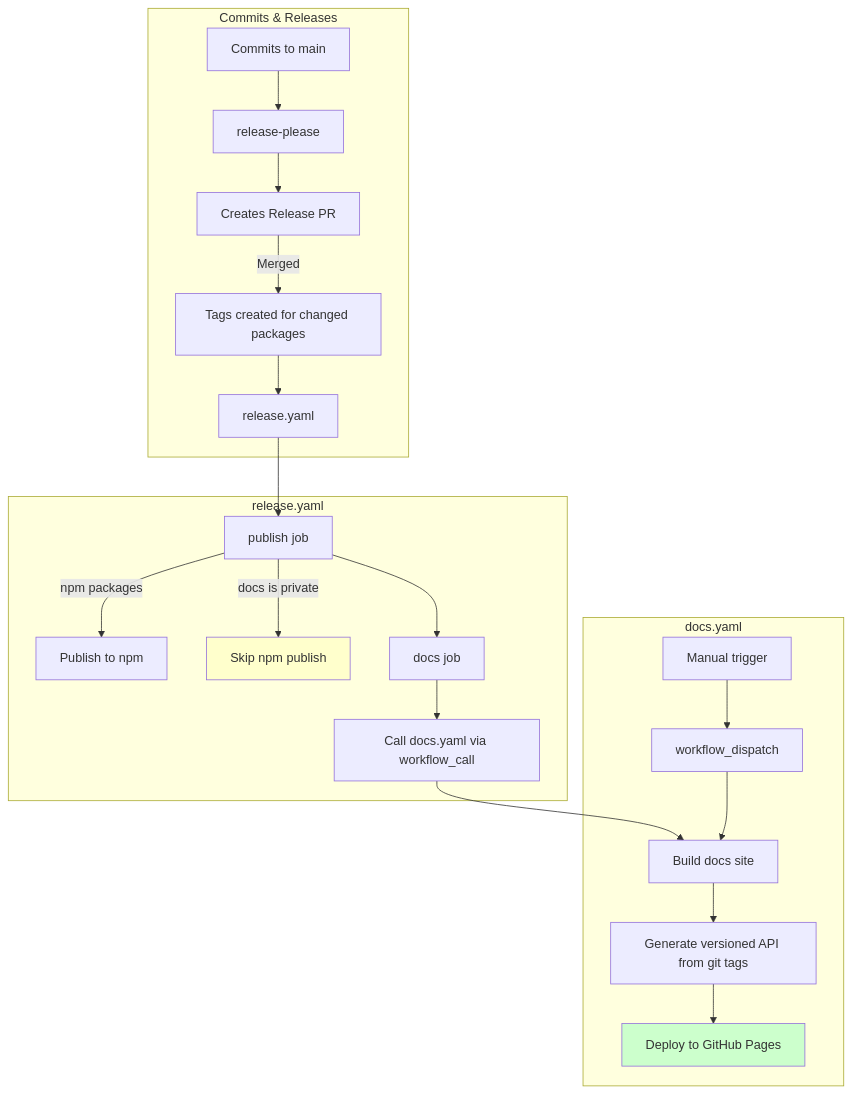
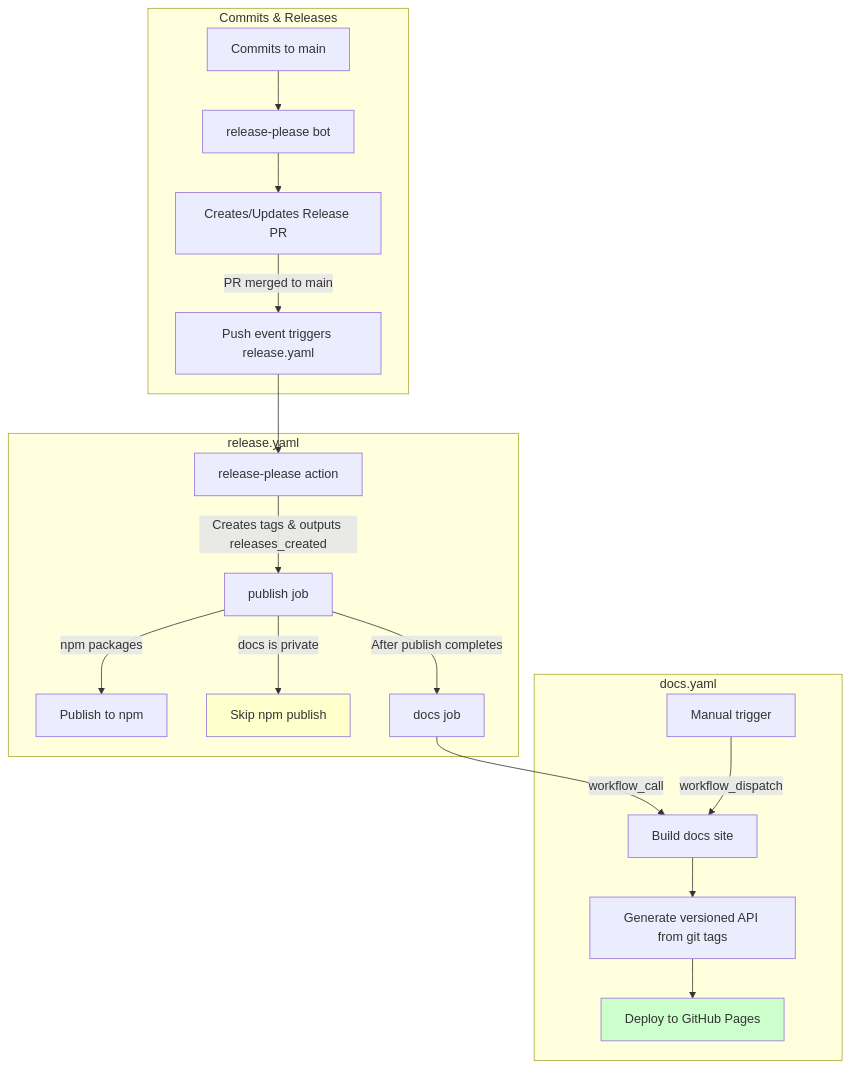
Before and after one commit to Texarkanine/a16n: the diagram in packages/docs/README.md, drawn with Mermaid.

Commit message:
docs: fix mermaid diagram - release.yaml triggers on push, not tags

````diff
--- a/packages/docs/README.md
+++ b/packages/docs/README.md
@@ -169,29 +169,27 @@
 ```mermaid
 flowchart TD
     subgraph "Commits & Releases"
-        A[Commits to main] --> B[release-please]
-        B --> C[Creates Release PR]
-        C -->|Merged| D[Tags created for changed packages]
-        D --> E[release.yaml]
+        A[Commits to main] --> B[release-please bot]
+        B --> C[Creates/Updates Release PR]
+        C -->|PR merged to main| D[Push event triggers release.yaml]
     end
     
     subgraph "release.yaml"
-        E --> F[publish job]
+        D --> E[release-please action]
+        E -->|Creates tags & outputs releases_created| F[publish job]
         F -->|npm packages| G[Publish to npm]
         F -->|docs is private| H[Skip npm publish]
-        F --> I[docs job]
-        I --> J[Call docs.yaml via workflow_call]
+        F -->|After publish completes| I[docs job]
     end
     
     subgraph "docs.yaml"
-        J --> K[Build docs site]
+        I -->|workflow_call| K[Build docs site]
         K --> L[Generate versioned API from git tags]
         L --> M[Deploy to GitHub Pages]
         
-        N[Manual trigger] --> O[workflow_dispatch]
-        O --> K
+        N[Manual trigger] -->|workflow_dispatch| K
     end
     
     style H fill:#ffffcc
     style M fill:#ccffcc
 ```
````
